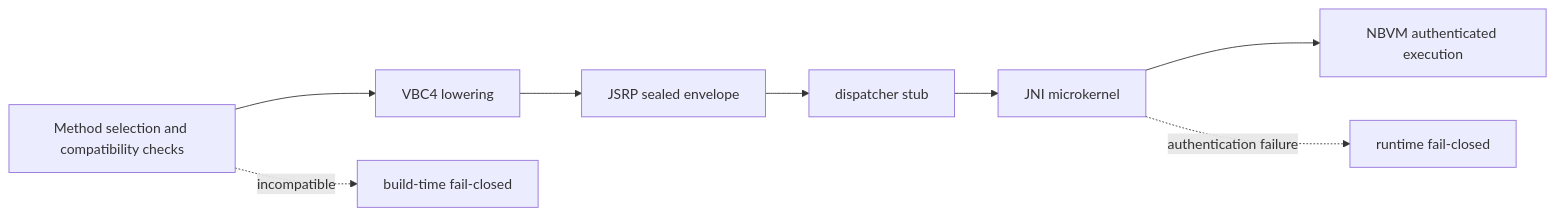
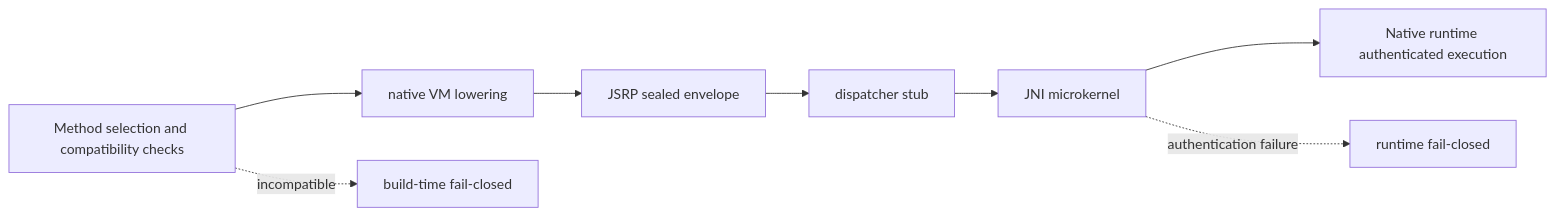
The diagram in README_EN.md (HHT0rro/JavaShroud), drawn with Mermaid before and after one commit. The commit also changed other lines of this file and 4 other files, not shown here.

````diff
--- a/README_EN.md
+++ b/README_EN.md
@@ -82,10 +82,10 @@
 ```mermaid
 flowchart LR
-  A["Method selection and compatibility checks"] --> B["VBC4 lowering"]
+  A["Method selection and compatibility checks"] --> B["native VM lowering"]
   B --> C["JSRP sealed envelope"]
   C --> D["dispatcher stub"]
   D --> E["JNI microkernel"]
-  E --> F["NBVM authenticated execution"]
+  E --> F["Native runtime authenticated execution"]
   A -.incompatible.-> X["build-time fail-closed"]
   E -.authentication failure.-> Y["runtime fail-closed"]
 ```
````
